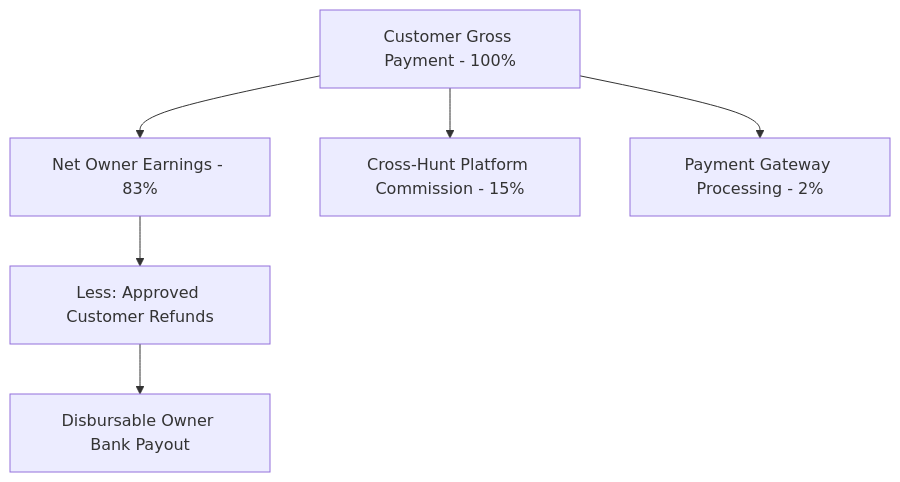
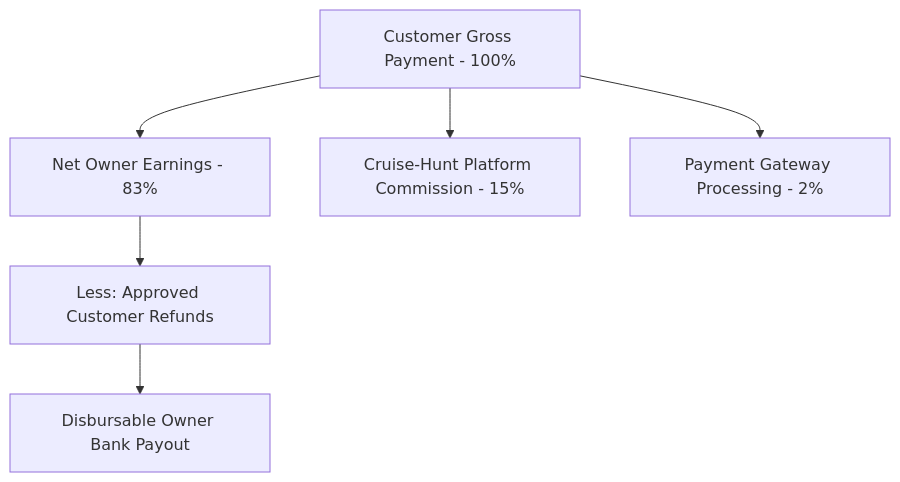
Before and after one commit to Pareshprajapati-777/Cross-Hunt: the diagram in README.md, drawn with Mermaid. The commit also changed other lines of this file and 65 other files, not shown here.

Commit message:
feat(rebrand): rebrand platform from Cross Hunt to Cruise Hunt across codebase and streamline hero

````diff
--- a/README.md
+++ b/README.md
@@ -289,8 +289,8 @@
 ```mermaid
 graph TD
     A[Customer Gross Payment - 100%] --> B[Net Owner Earnings - 83%]
-    A --> C[Cross-Hunt Platform Commission - 15%]
+    A --> C[Cruise-Hunt Platform Commission - 15%]
     A --> D[Payment Gateway Processing - 2%]
     B --> E[Less: Approved Customer Refunds]
     E --> F[Disbursable Owner Bank Payout]
 ```
````
